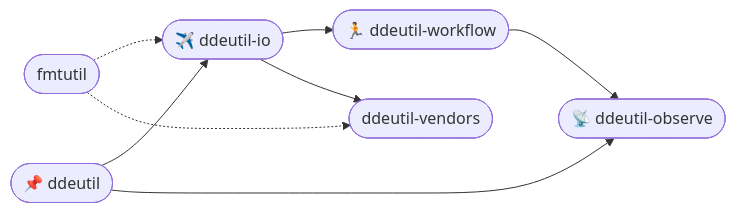
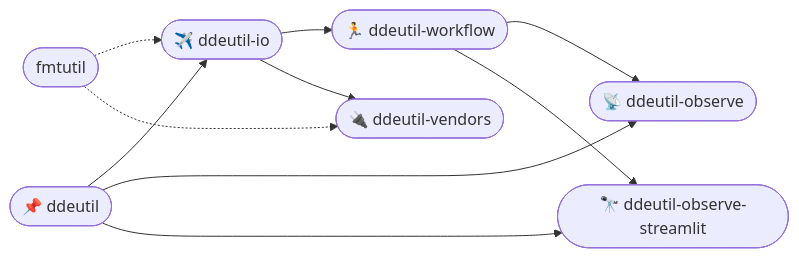
One commit to ddeutils/.github changed the diagram in profile/README.md. Above: the diagram before and after it, drawn with Mermaid. The commit also changed other lines of this file, not shown here.

````diff
--- a/profile/README.md
+++ b/profile/README.md
@@ -5,8 +5,10 @@
 ```mermaid
 flowchart LR
    1([📌 ddeutil]) --> 2([✈️ ddeutil-io]) --> 3([🏃 ddeutil-workflow]) --> 4([📡 ddeutil-observe])
    1 --> 4
-   2 --> 5([ddeutil-vendors])
+   2 --> 5([🔌 ddeutil-vendors])
+   3 --> 6([🔭 ddeutil-observe-streamlit])
+   1 --> 6
    0([fmtutil]) -.-> 2
    0 -.-> 5
 ```
````
